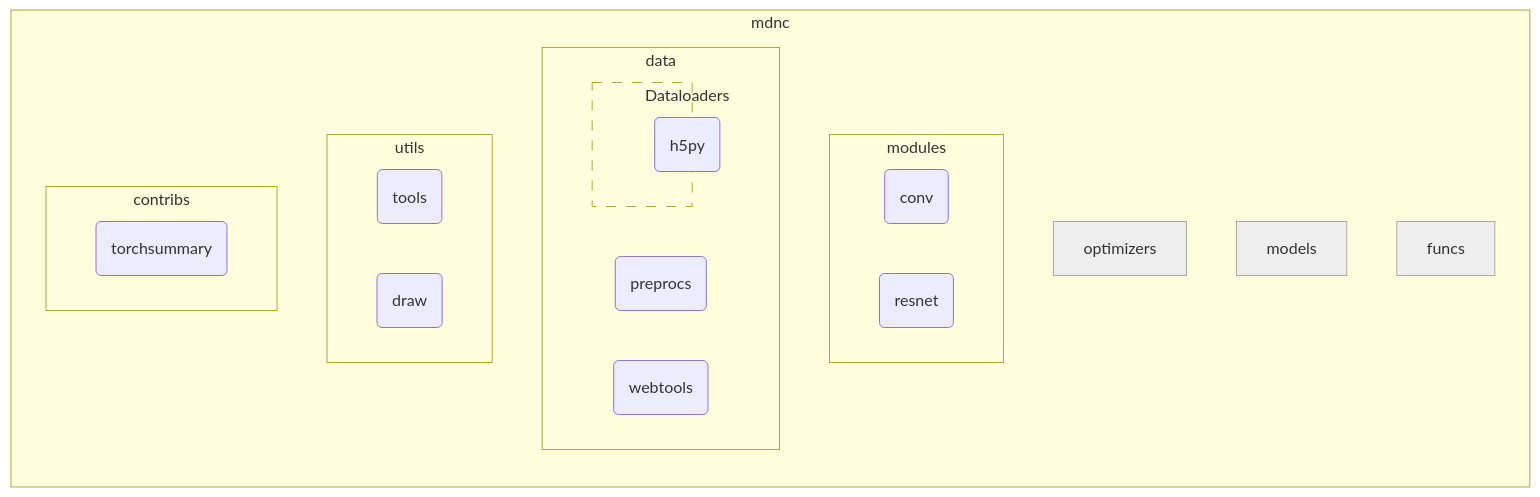
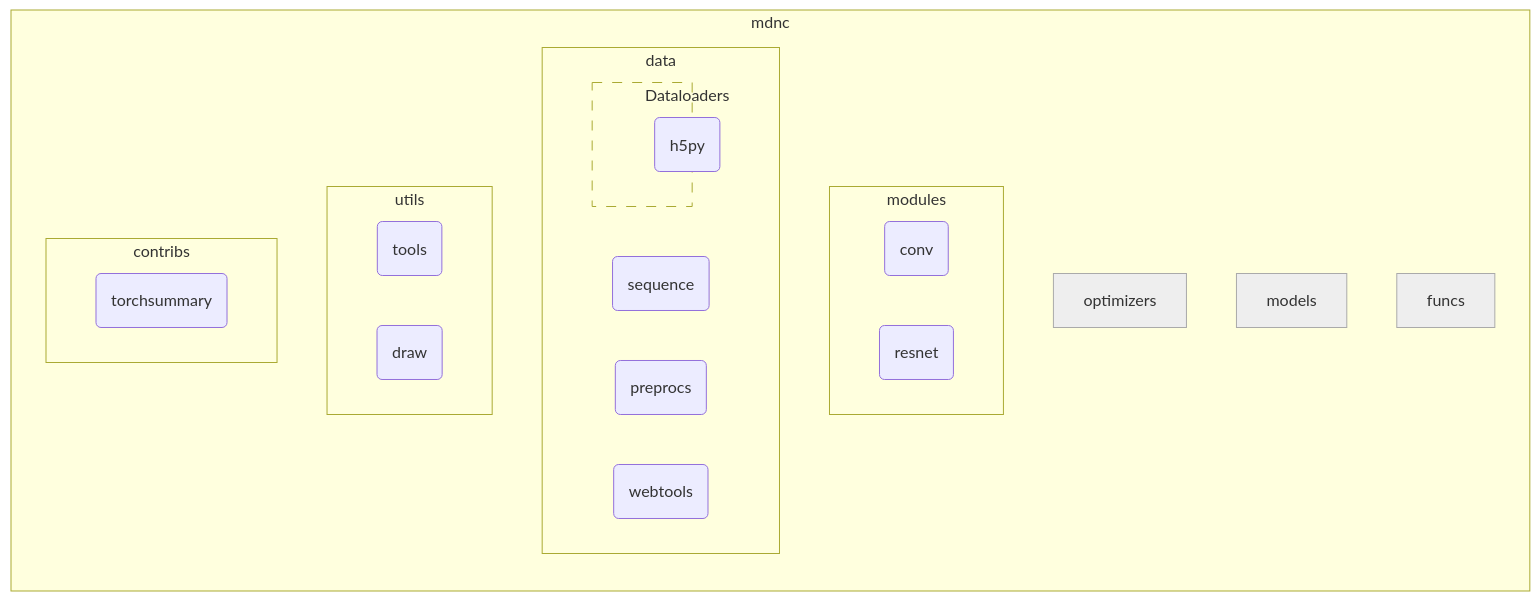
The diagram in docs/apis/overview.md (cainmagi/MDNC), drawn with Mermaid before and after one commit. The commit also changed other lines of this file and 363 other files, not shown here.

````diff
--- a/docs/apis/overview.md
+++ b/docs/apis/overview.md
@@ -17,33 +17,34 @@
 ```mermaid
 %%{init: {'theme':'default'}}%%
 flowchart LR
     mdnc:::module
     subgraph mdnc
         optimizers:::blank
         subgraph modules
             conv(conv)
             resnet(resnet)
         end
         models:::blank
         subgraph data
             dg_parse:::modgroup
+            sequence(sequence)
             subgraph dg_parse [Dataloaders]
                 h5py(h5py)
             end
             preprocs(preprocs)
             webtools(webtools)
         end
         funcs:::blank
         subgraph utils
             tools(tools)
             draw(draw)
         end
         subgraph contribs
             torchsummary(torchsummary)
         end
     end
     classDef module fill:#ffffde, stroke: #aaaa33;
     classDef blank fill:#eeeeee, stroke: #aaaaaa;
     classDef modgroup stroke-dasharray:10,10, width:100;
     classDef ops fill:#FFB11B, stroke:#AF811B;
 ```
````
